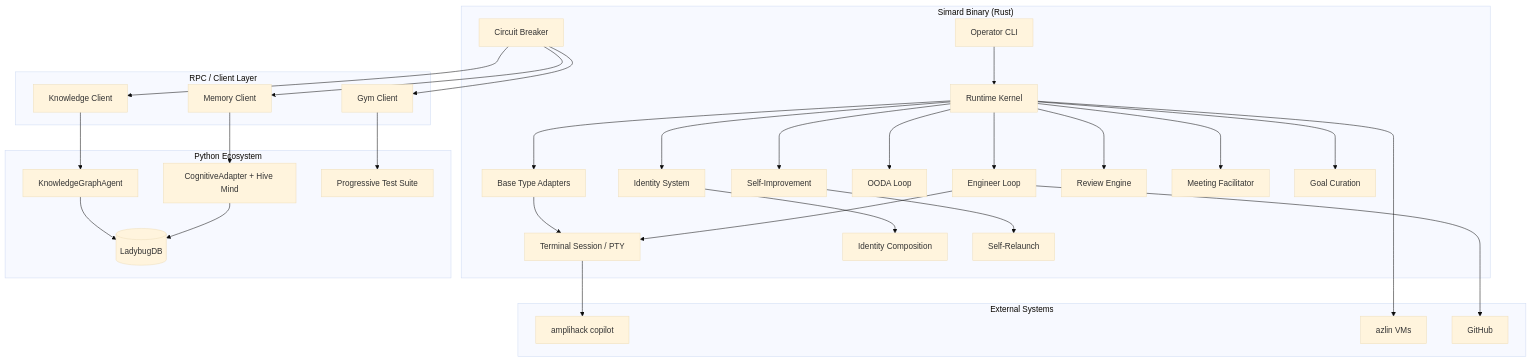
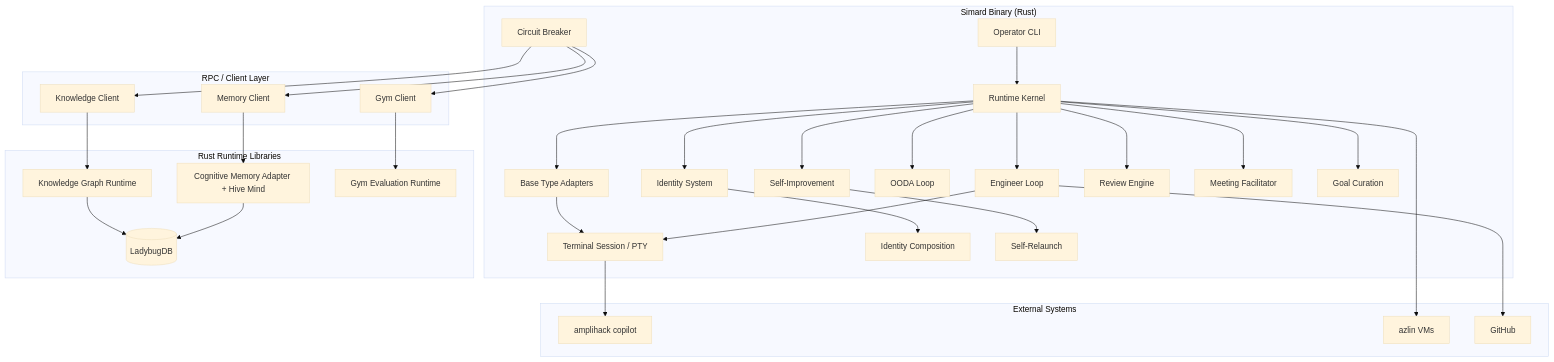
Before and after one commit to rysweet/Simard: the diagram in docs/architecture/overview.md, drawn with Mermaid (base theme). The commit also changed other lines of this file and 32 other files, not shown here.

````diff
--- a/docs/architecture/overview.md
+++ b/docs/architecture/overview.md
@@ -15,65 +15,65 @@
 ```mermaid
 graph TB
     subgraph "Simard Binary (Rust)"
         CLI[Operator CLI]
         RT[Runtime Kernel]
         EL[Engineer Loop]
         TS[Terminal Session / PTY]
         BT[Base Type Adapters]
         ID[Identity System]
         IC[Identity Composition]
         CB[Circuit Breaker]
         OODA[OODA Loop]
         SI[Self-Improvement]
         SR[Self-Relaunch]
         REV[Review Engine]
         MF[Meeting Facilitator]
         GC[Goal Curation]
 
         CLI --> RT
         RT --> EL
         RT --> BT
         RT --> OODA
         EL --> TS
         BT --> TS
         RT --> ID
         ID --> IC
         RT --> SI
         SI --> SR
         RT --> REV
         RT --> MF
         RT --> GC
     end
 
     subgraph "RPC / Client Layer"
         MB[Memory Client]
         KB[Knowledge Client]
         GB[Gym Client]
         CB --> MB
         CB --> KB
         CB --> GB
     end
 
-    subgraph "Python Ecosystem"
-        CMA[CognitiveAdapter + Hive Mind]
-        KGA[KnowledgeGraphAgent]
-        EVA[Progressive Test Suite]
+    subgraph "Rust Runtime Libraries"
+        CMA[Cognitive Memory Adapter + Hive Mind]
+        KGA[Knowledge Graph Runtime]
+        EVA[Gym Evaluation Runtime]
         LBUG[(LadybugDB)]
 
         MB --> CMA
         KB --> KGA
         GB --> EVA
         CMA --> LBUG
         KGA --> LBUG
     end
 
     subgraph "External Systems"
         AMP[amplihack copilot]
         AZLIN[azlin VMs]
         GH[GitHub]
     end
 
     TS --> AMP
     RT --> AZLIN
     EL --> GH
 ```
````
